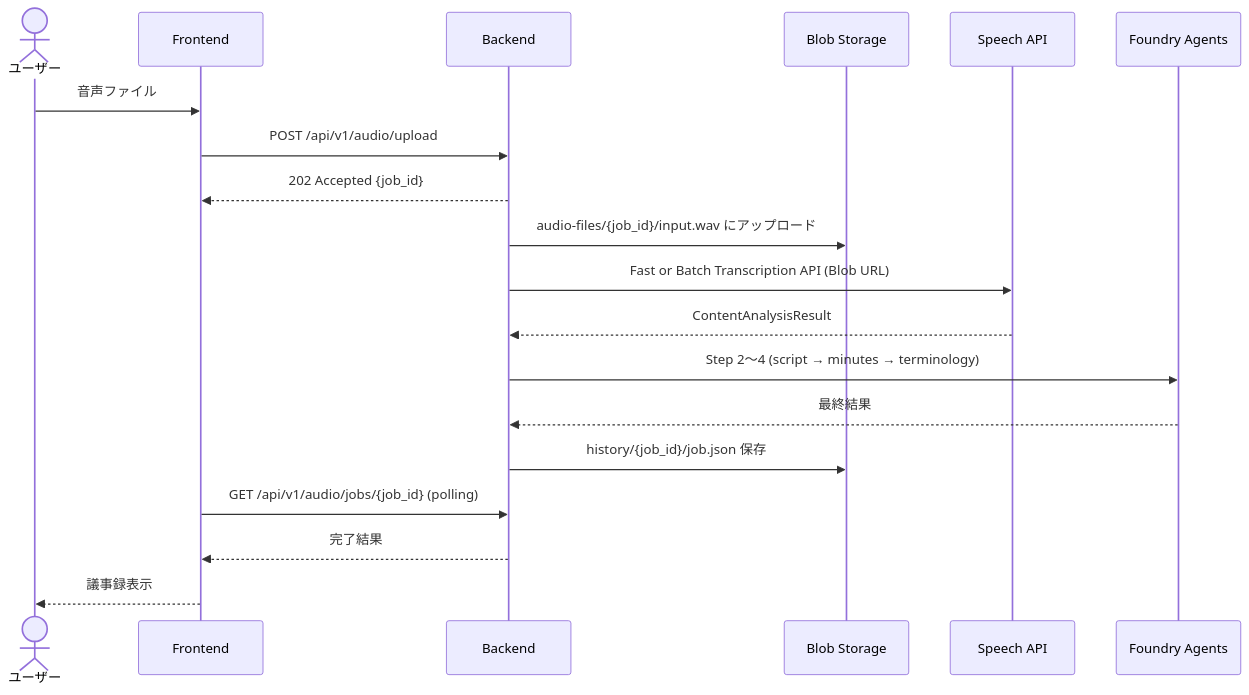
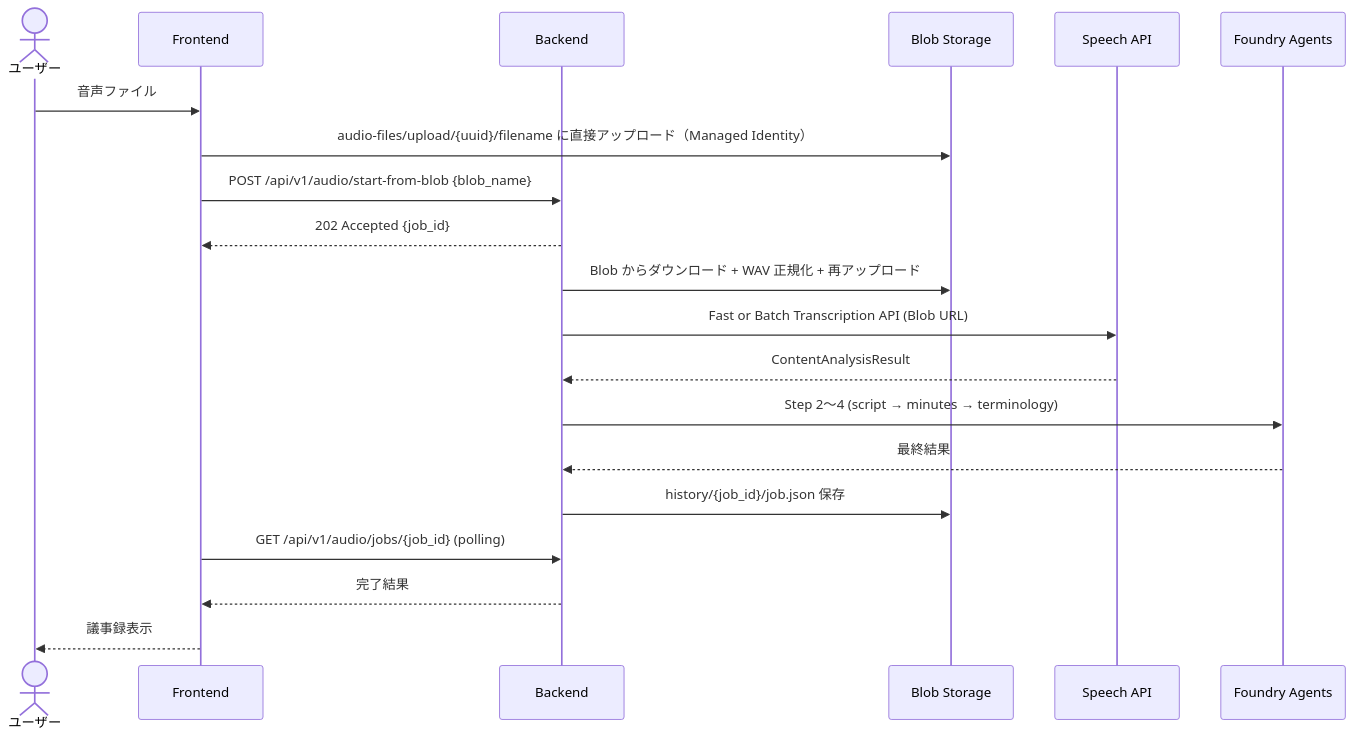
The fifth of 6 diagrams in docs/architecture.md (0ht/meeting-minutes-agent), drawn with Mermaid before and after one commit. The commit also changed other lines of this file and 17 other files, not shown here.

````diff
--- a/docs/architecture.md
+++ b/docs/architecture.md
@@ -336,22 +336,23 @@
 ```mermaid
 sequenceDiagram
     actor User as ユーザー
     participant FE as Frontend
     participant BE as Backend
     participant ST as Blob Storage
     participant Speech as Speech API
     participant Agent as Foundry Agents
 
     User->>FE: 音声ファイル
-    FE->>BE: POST /api/v1/audio/upload
+    FE->>ST: audio-files/upload/{uuid}/filename に直接アップロード（Managed Identity）
+    FE->>BE: POST /api/v1/audio/start-from-blob {blob_name}
     BE-->>FE: 202 Accepted {job_id}
-    BE->>ST: audio-files/{job_id}/input.wav にアップロード
+    BE->>ST: Blob からダウンロード + WAV 正規化 + 再アップロード
     BE->>Speech: Fast or Batch Transcription API (Blob URL)
     Speech-->>BE: ContentAnalysisResult
     BE->>Agent: Step 2〜4 (script → minutes → terminology)
     Agent-->>BE: 最終結果
     BE->>ST: history/{job_id}/job.json 保存
     FE->>BE: GET /api/v1/audio/jobs/{job_id} (polling)
     BE-->>FE: 完了結果
     FE-->>User: 議事録表示
 ```
````
